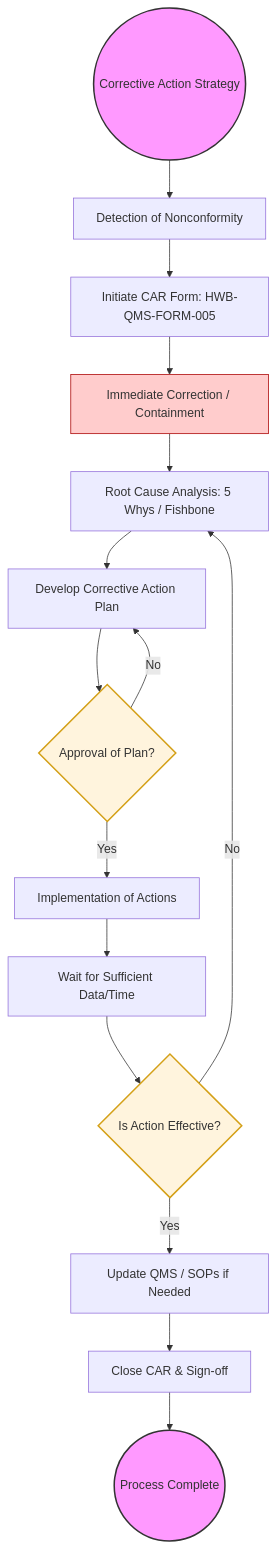
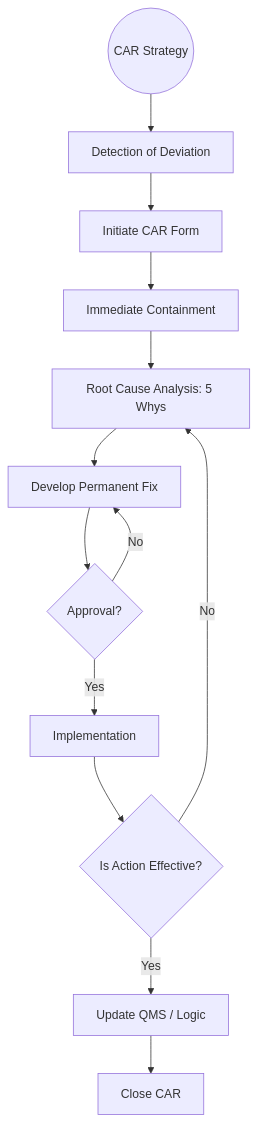
The diagram in HWB-COMPANY/HWB-QMS/HWB-QMS-10.2 Corrective Action Process SOP with Flowchart.md (Humbertoed11/hwb-institutional-website), drawn with Mermaid before and after one commit. The commit also changed other lines of this file and 236 other files, not shown here.

````diff
--- a/HWB-COMPANY/HWB-QMS/HWB-QMS-10.2 Corrective Action Process SOP with Flowchart.md
+++ b/HWB-COMPANY/HWB-QMS/HWB-QMS-10.2 Corrective Action Process SOP with Flowchart.md
@@ -30,37 +25,15 @@
 ```mermaid
 graph TD
-    %% Start of Process
-    Start((Corrective Action Strategy)) --> Detect[Detection of Nonconformity]
-    
-    %% Initial Response Phase
-    Detect --> Form[Initiate CAR Form: HWB-QMS-FORM-005]
-    Form --> Contain[Immediate Correction / Containment]
-    
-    %% Analysis Phase
-    Contain --> RootCause[Root Cause Analysis: 5 Whys / Fishbone]
-    
-    %% Planning Phase
-    RootCause --> Plan[Develop Corrective Action Plan]
-    Plan --> Approval{Approval of Plan?}
-    
+    Start((CAR Strategy)) --> Detect[Detection of Deviation]
+    Detect --> Form[Initiate CAR Form]
+    Form --> Contain[Immediate Containment]
+    Contain --> RootCause[Root Cause Analysis: 5 Whys]
+    RootCause --> Plan[Develop Permanent Fix]
+    Plan --> Approval{Approval?}
     Approval -- No --> Plan
-    Approval -- Yes --> Implementation[Implementation of Actions]
-    
-    %% Verification Phase
-    Implementation --> Wait[Wait for Sufficient Data/Time]
-    Wait --> Verification{Is Action Effective?}
-    
+    Approval -- Yes --> Implementation[Implementation]
+    Implementation --> Verification{Is Action Effective?}
     Verification -- No --> RootCause
-    
-    %% Completion Phase
-    Verification -- Yes --> Update[Update QMS / SOPs if Needed]
-    Update --> Closure[Close CAR & Sign-off]
-    Closure --> Finish((Process Complete))
-
-    %% Styling
-    style Start fill:#f9f,stroke:#333,stroke-width:2px
-    style Finish fill:#f9f,stroke:#333,stroke-width:2px
-    style Approval fill:#fff4dd,stroke:#d4a017,stroke-width:2px
-    style Verification fill:#fff4dd,stroke:#d4a017,stroke-width:2px
-    style Contain fill:#ffcccc,stroke:#a00,stroke-width:1px
+    Verification -- Yes --> Update[Update QMS / Logic]
+    Update --> Closure[Close CAR]
 ```
````
